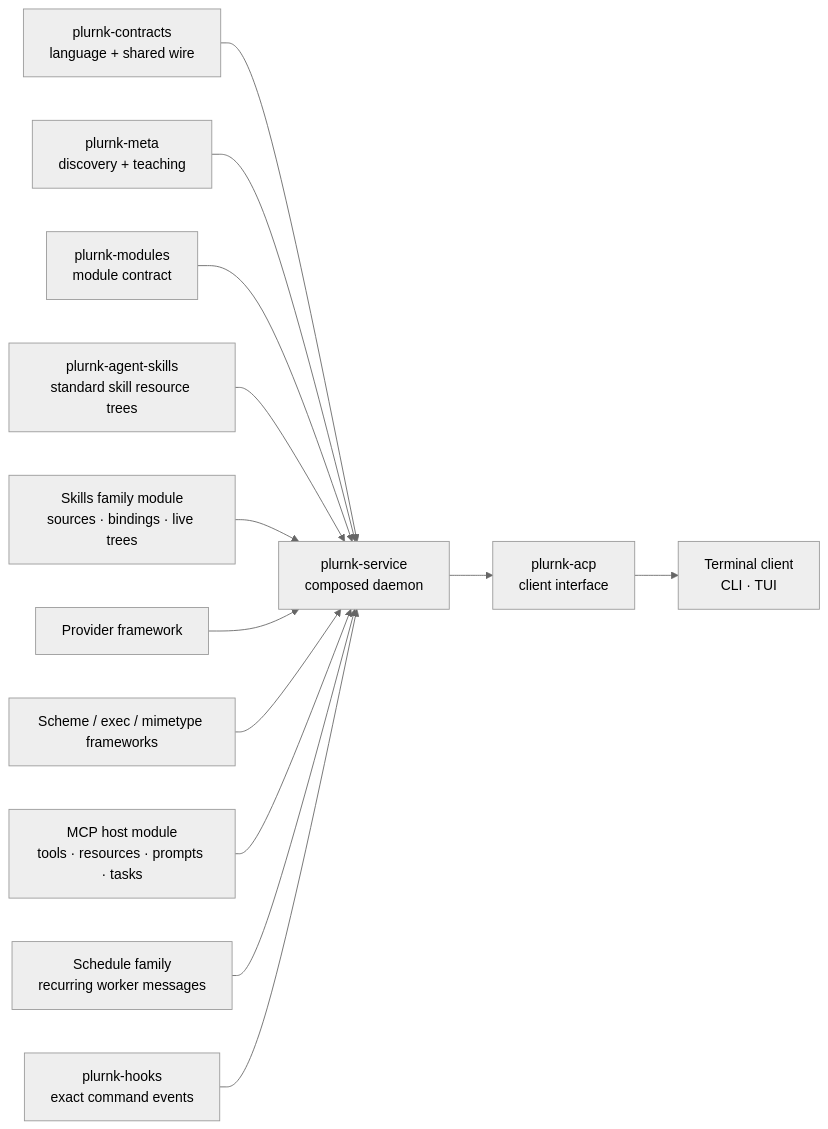
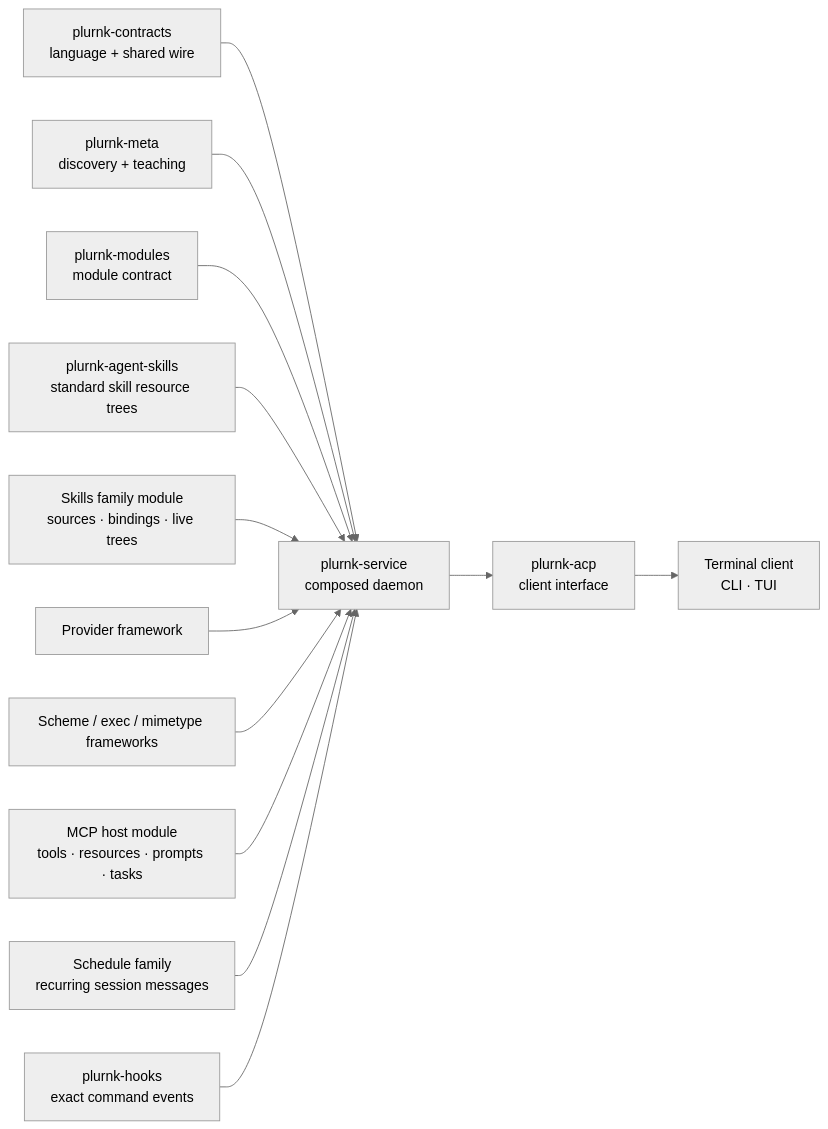
The second of 5 diagrams in ARCHITECTURE.md (plurnk/plurnk-service), drawn with Mermaid (neutral theme) before and after one commit. The commit also changed other lines of this file and 907 other files, not shown here.

Commit message:
refactor: split worker:// into session:// and workspace:/// and rename worker to session (#1256)

````diff
--- a/ARCHITECTURE.md
+++ b/ARCHITECTURE.md
@@ -39,16 +39,16 @@
 ```mermaid
 flowchart LR
     contracts["plurnk-contracts<br/>language + shared wire"] --> core
     meta["plurnk-meta<br/>discovery + teaching"] --> core
     modules["plurnk-modules<br/>module contract"] --> core
     skills["plurnk-agent-skills<br/>standard skill resource trees"] --> core
     skillFamily["Skills family module<br/>sources · bindings · live trees"] --> core
     providers["Provider framework"] --> core
     frameworks["Scheme / exec / mimetype frameworks"] --> core
     mcp["MCP host module<br/>tools · resources · prompts · tasks"] --> core
-    schedule["Schedule family<br/>recurring worker messages"] --> core
+    schedule["Schedule family<br/>recurring session messages"] --> core
     hooks["plurnk-hooks<br/>exact command events"] --> core
     core["plurnk-service<br/>composed daemon"]
     core --> acp["plurnk-acp<br/>client interface"]
     acp --> clients["Terminal client<br/>CLI · TUI"]
 ```
````
